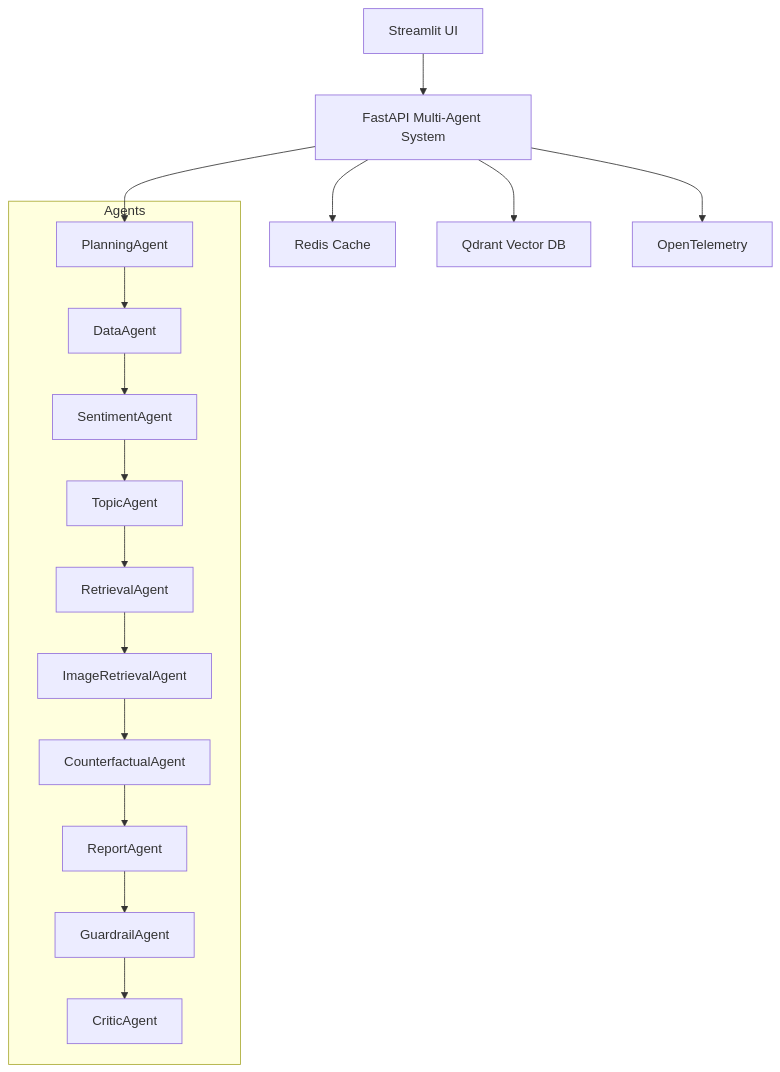
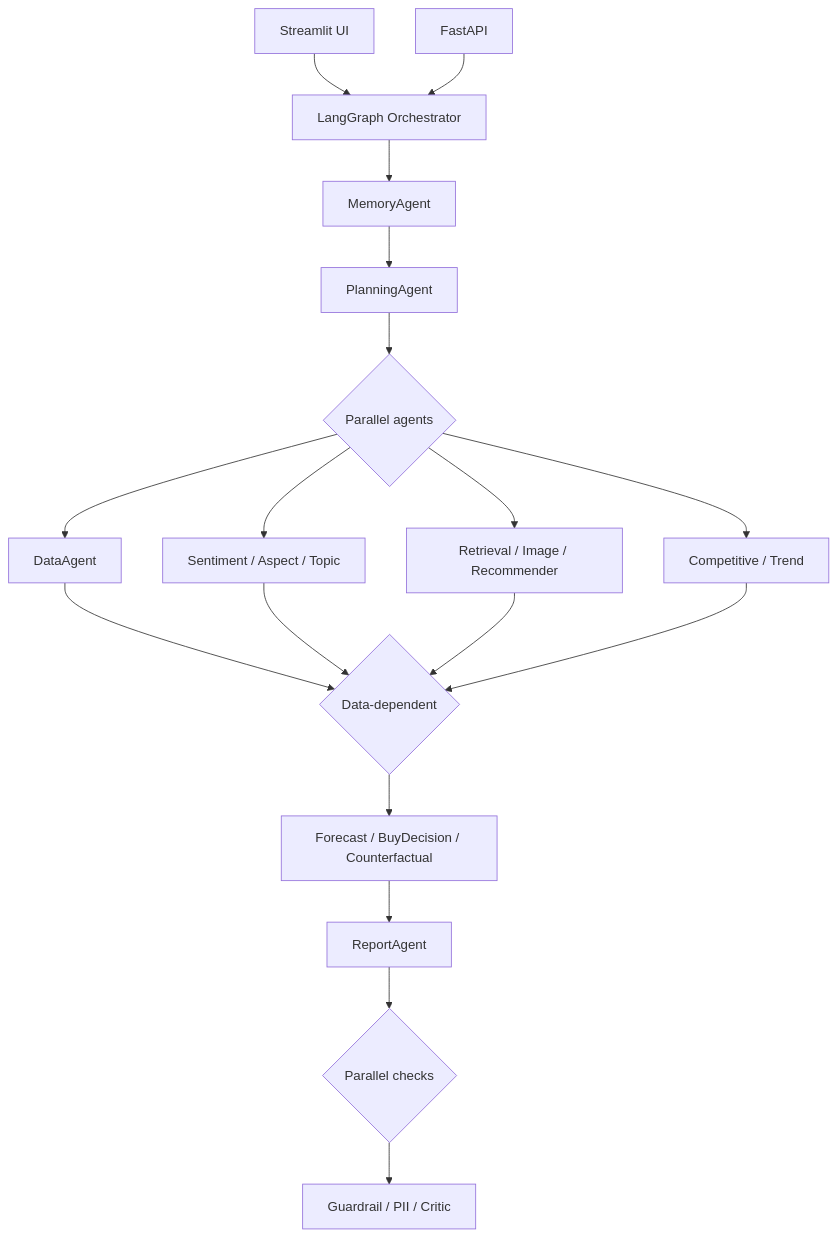
One commit to michael7467/multi-agent-ecommerce-analyst changed the diagram in README.md. Above: the diagram before and after it, drawn with Mermaid. The commit also changed other lines of this file and 62 other files, not shown here.

````diff
--- a/README.md
+++ b/README.md
@@ -46,31 +52,24 @@
 ```mermaid
 flowchart TD
-    UI[Streamlit UI] --> API[FastAPI Multi-Agent System]
-    API --> Redis[Redis Cache]
-    API --> Qdrant[Qdrant Vector DB]
-    API --> OTEL[OpenTelemetry]
+    UI[Streamlit UI] --> Orch[LangGraph Orchestrator]
+    API[FastAPI] --> Orch
 
-    subgraph Agents
-        Planner[PlanningAgent]
-        Data[DataAgent]
-        Sentiment[SentimentAgent]
-        Topic[TopicAgent]
-        Retrieval[RetrievalAgent]
-        Image[ImageRetrievalAgent]
-        Counter[CounterfactualAgent]
-        Report[ReportAgent]
-        Guard[GuardrailAgent]
-        Critic[CriticAgent]
-    end
+    Orch --> Memory[MemoryAgent]
+    Memory --> Planner[PlanningAgent]
 
-    API --> Planner
-    Planner --> Data
-    Data --> Sentiment
-    Sentiment --> Topic
-    Topic --> Retrieval
-    Retrieval --> Image
-    Image --> Counter
-    Counter --> Report
-    Report --> Guard
-    Guard --> Critic
+    Planner --> Parallel{Parallel agents}
+    Parallel --> Sentiment[Sentiment / Aspect / Topic]
+    Parallel --> Retrieval[Retrieval / Image / Recommender]
+    Parallel --> Market[Competitive / Trend]
+    Parallel --> Data[DataAgent]
+
+    Data --> DataDep{Data-dependent}
+    Sentiment --> DataDep
+    Retrieval --> DataDep
+    Market --> DataDep
+    DataDep --> Forecast[Forecast / BuyDecision / Counterfactual]
+
+    Forecast --> Report[ReportAgent]
+    Report --> Checks{Parallel checks}
+    Checks --> Guard[Guardrail / PII / Critic]
 ```
````
